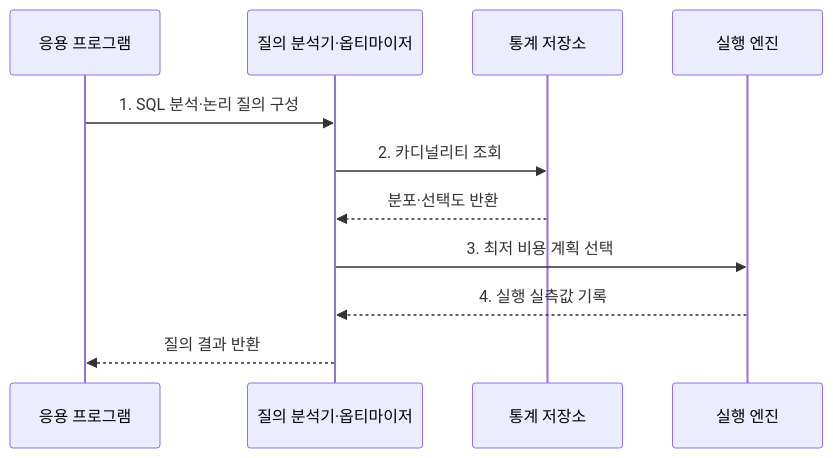
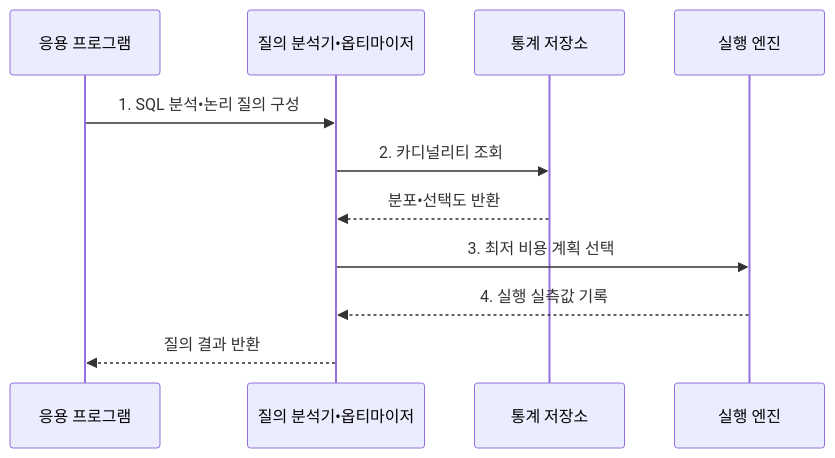
One commit to agnusdei1207/knowledge-base changed the second of 2 diagrams in src/content/docs/notes/03-software/095_query_execution_plan_optimization.md. Above: the diagram before and after it, drawn with Mermaid. The commit also changed other lines of this file and 953 other files, not shown here.

````diff
--- a/src/content/docs/notes/03-software/095_query_execution_plan_optimization.md
+++ b/src/content/docs/notes/03-software/095_query_execution_plan_optimization.md
@@ -108,13 +108,13 @@
 ```mermaid
 sequenceDiagram
     participant A as 응용 프로그램
-    participant O as 질의 분석기·옵티마이저
+    participant O as 질의 분석기•옵티마이저
     participant S as 통계 저장소
     participant E as 실행 엔진
-    A->>O: 1. SQL 분석·논리 질의 구성
+    A->>O: 1. SQL 분석•논리 질의 구성
     O->>S: 2. 카디널리티 조회
-    S-->>O: 분포·선택도 반환
+    S-->>O: 분포•선택도 반환
     O->>E: 3. 최저 비용 계획 선택
     E-->>O: 4. 실행 실측값 기록
     O-->>A: 질의 결과 반환
 ```
````
